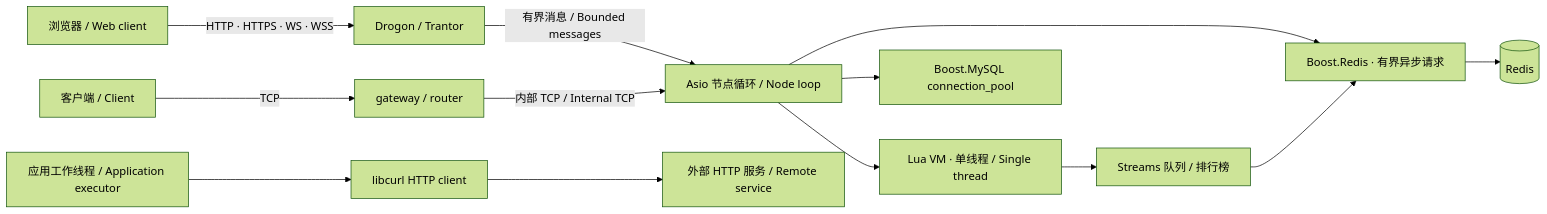
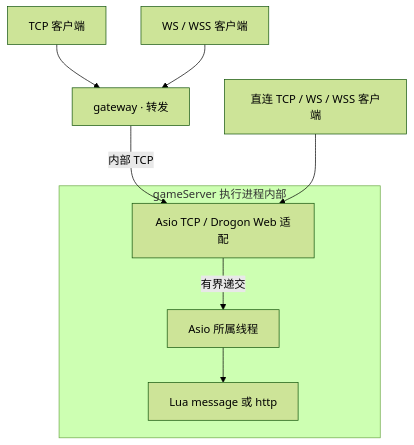
One commit to cuihairu/mistlane changed the second of 2 diagrams in docs/zh/architecture.md. Above: the diagram before and after it, drawn with Mermaid (forest theme). The commit also changed other lines of this file and 58 other files, not shown here.

````diff
--- a/docs/zh/architecture.md
+++ b/docs/zh/architecture.md
@@ -5,15 +27,11 @@
 ```mermaid
-flowchart LR
-  client["客户端 / Client"] -->|TCP| gateway["gateway / router"]
-  web["浏览器 / Web client"] -->|HTTP · HTTPS · WS · WSS| dg["Drogon / Trantor"]
-  dg -->|有界消息 / Bounded messages| node["Asio 节点循环 / Node loop"]
-  gateway -->|内部 TCP / Internal TCP| node
-  node --> lua["Lua VM · 单线程 / Single thread"]
-  node --> db["Boost.MySQL connection_pool"]
-  node --> redis["Boost.Redis · 有界异步请求"]
-  lua --> data["Streams 队列 / 排行榜"]
-  data --> redis
-  redis --> store[(Redis)]
-  app["应用工作线程 / Application executor"] --> curl["libcurl HTTP client"]
-  curl --> remote["外部 HTTP 服务 / Remote service"]
+flowchart TB
+  tcp["TCP 客户端"] --> forward["gateway · 转发"]
+  ws["WS / WSS 客户端"] --> forward
+  forward -->|内部 TCP| adapters
+  direct["直连 TCP / WS / WSS 客户端"] --> adapters
+  subgraph runtime["gameServer 执行进程内部"]
+    adapters["Asio TCP / Drogon Web 适配"] -->|有界递交| owner["Asio 所属线程"]
+    owner --> lua["Lua message 或 http"]
+  end
 ```
````
